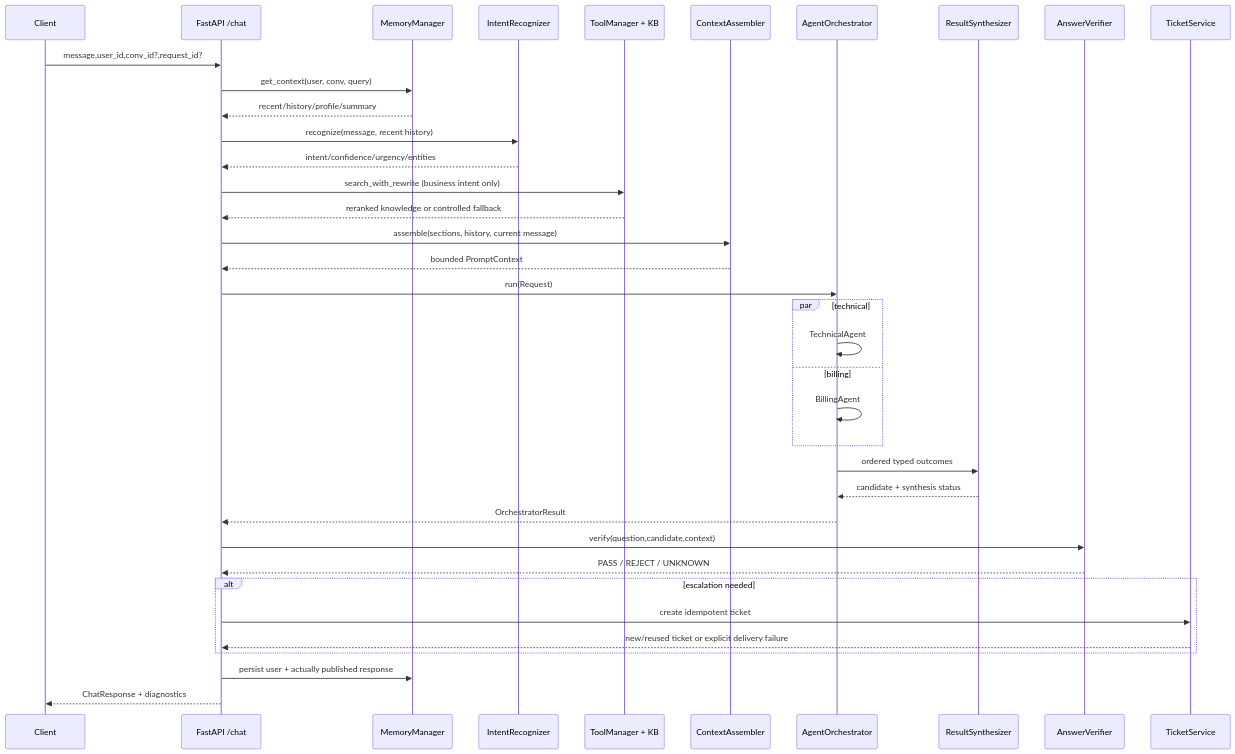
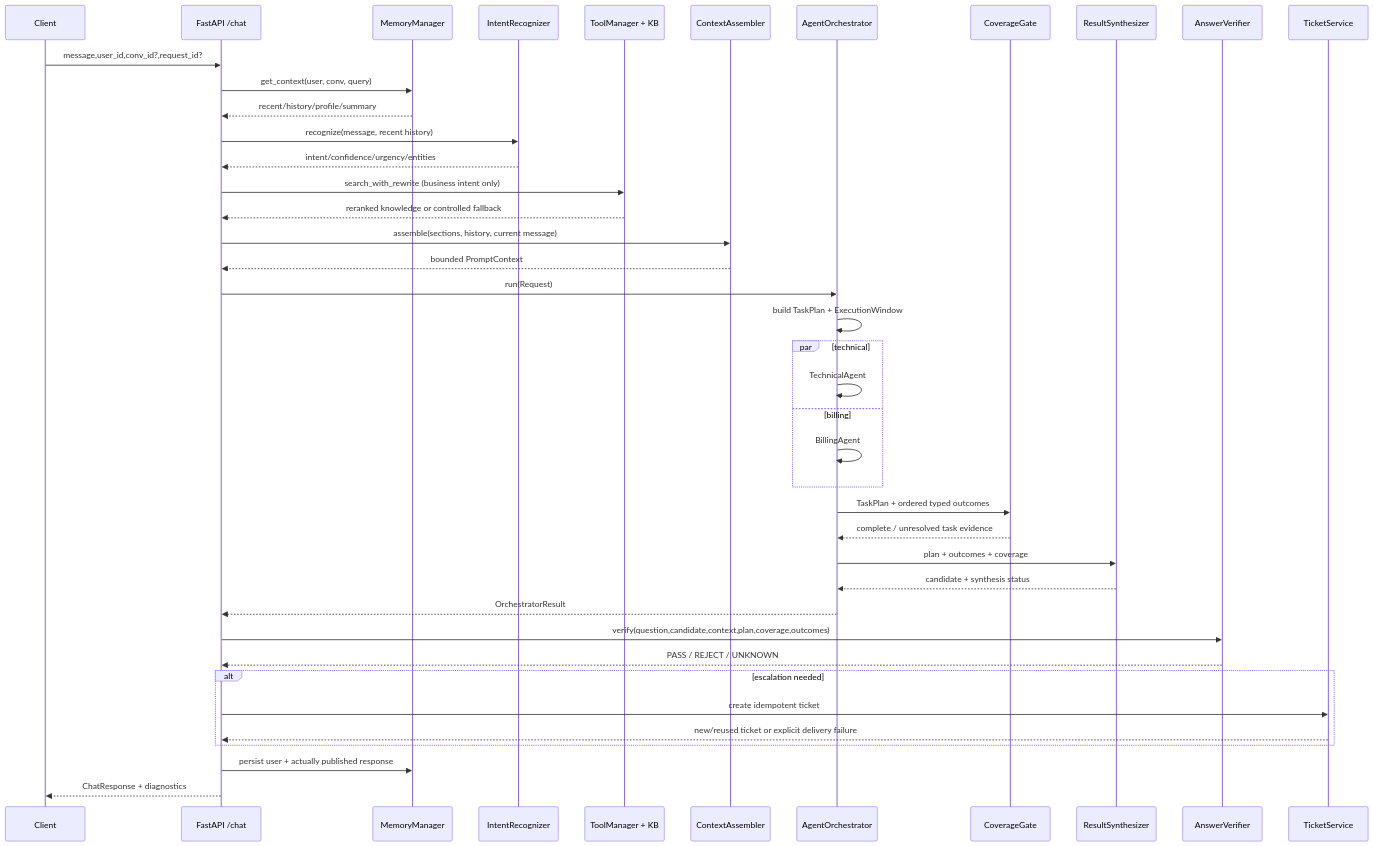
The second of 5 diagrams in docs/full-architecture-tutorial.zh-CN.md (Garrulus21yyx/DialogPilot), drawn with Mermaid before and after one commit. The commit also changed other lines of this file and 8 other files, not shown here.

Commit message:
docs: publish task-aware multi-agent architecture guide

````diff
--- a/docs/full-architecture-tutorial.zh-CN.md
+++ b/docs/full-architecture-tutorial.zh-CN.md
@@ -172,40 +179,44 @@
 ```mermaid
 sequenceDiagram
     participant C as Client
     participant A as FastAPI /chat
     participant M as MemoryManager
     participant I as IntentRecognizer
     participant T as ToolManager + KB
     participant X as ContextAssembler
     participant O as AgentOrchestrator
+    participant G as CoverageGate
     participant S as ResultSynthesizer
     participant V as AnswerVerifier
     participant K as TicketService
 
     C->>A: message,user_id,conv_id?,request_id?
     A->>M: get_context(user, conv, query)
     M-->>A: recent/history/profile/summary
     A->>I: recognize(message, recent history)
     I-->>A: intent/confidence/urgency/entities
     A->>T: search_with_rewrite (business intent only)
     T-->>A: reranked knowledge or controlled fallback
     A->>X: assemble(sections, history, current message)
     X-->>A: bounded PromptContext
     A->>O: run(Request)
+    O->>O: build TaskPlan + ExecutionWindow
     par technical
         O->>O: TechnicalAgent
     and billing
         O->>O: BillingAgent
     end
-    O->>S: ordered typed outcomes
+    O->>G: TaskPlan + ordered typed outcomes
+    G-->>O: complete / unresolved task evidence
+    O->>S: plan + outcomes + coverage
     S-->>O: candidate + synthesis status
     O-->>A: OrchestratorResult
-    A->>V: verify(question,candidate,context)
+    A->>V: verify(question,candidate,context,plan,coverage,outcomes)
     V-->>A: PASS / REJECT / UNKNOWN
     alt escalation needed
         A->>K: create idempotent ticket
         K-->>A: new/reused ticket or explicit delivery failure
     end
     A->>M: persist user + actually published response
     A-->>C: ChatResponse + diagnostics
 ```
````
